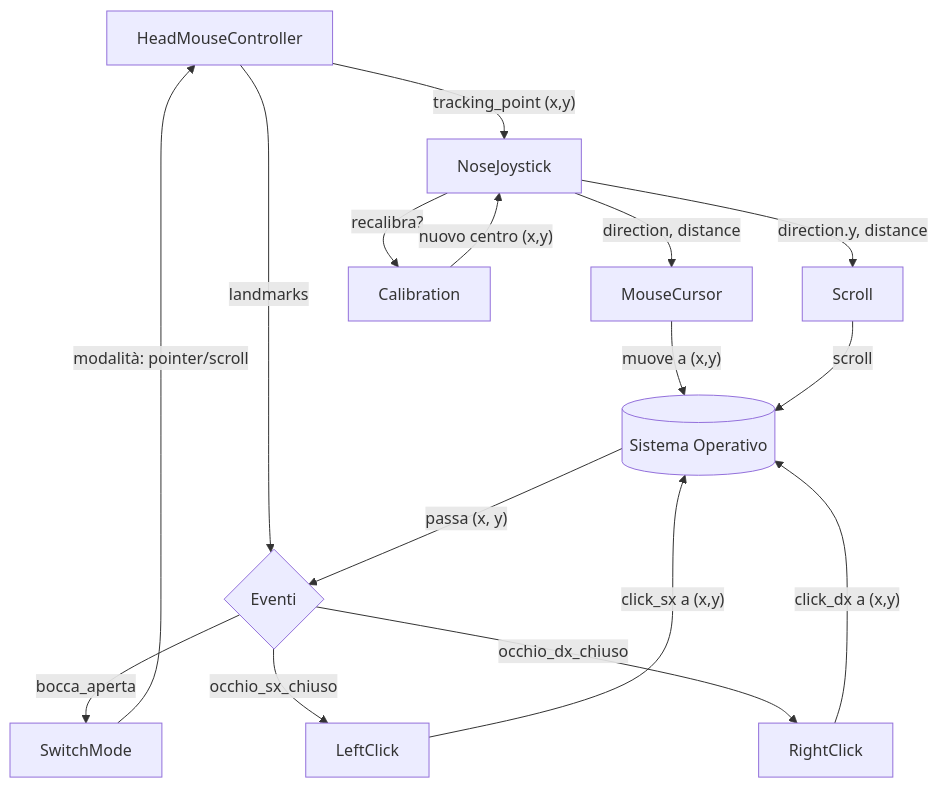
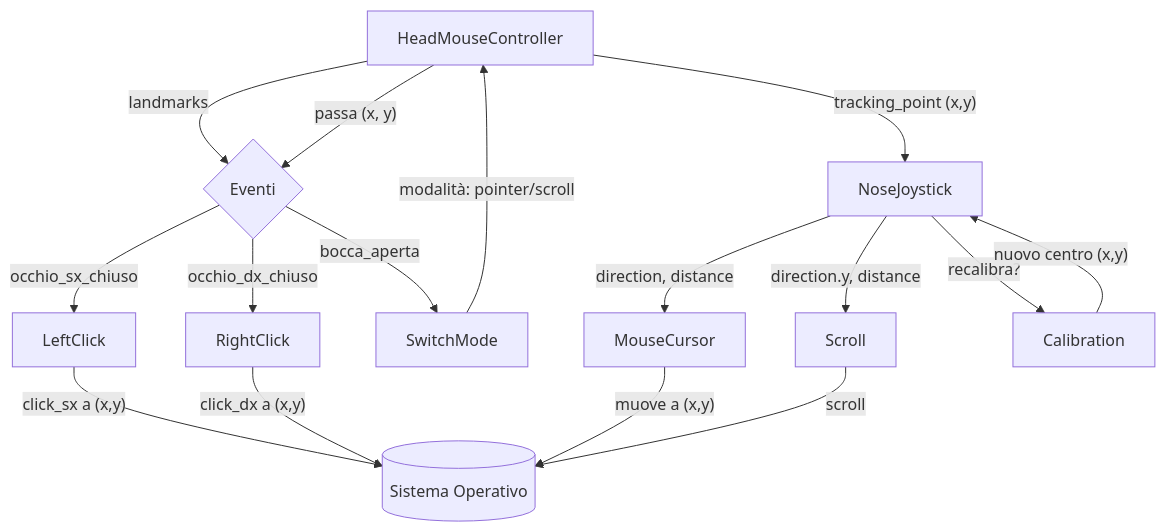
One commit to campionl/dl changed the diagram in src/mouse_facciale/v2/test_mermaid3.md. Above: the diagram before and after it, drawn with Mermaid. The commit also changed 1 other file, not shown here.

````diff
--- a/src/mouse_facciale/v2/test_mermaid3.md
+++ b/src/mouse_facciale/v2/test_mermaid3.md
@@ -1,21 +1,21 @@
 ```mermaid
 flowchart TD
     A[HeadMouseController] -->|"tracking_point (x,y)"| B[NoseJoystick]
     B -->|"direction, distance"| C[MouseCursor]
     B -->|"direction.y, distance"| D[Scroll]
     
     A -->|"landmarks"| E{Eventi}
     E -->|"bocca_aperta"| F[SwitchMode]
     E -->|"occhio_sx_chiuso"| G[LeftClick]
     E -->|"occhio_dx_chiuso"| H[RightClick]
     
     F -->|"modalità: pointer/scroll"| A
     G -->|"click_sx a (x,y)"| I[(Sistema Operativo)]
     H -->|"click_dx a (x,y)"| I
     C -->|"muove a (x,y)"| I
     D -->|"scroll"| I
     
     B -->|"recalibra?"| J[Calibration]
     J -->|"nuovo centro (x,y)"| B
-    I -->|"passa (x, y)"| E
+    A -->|"passa (x, y)"| E
 ```
````
